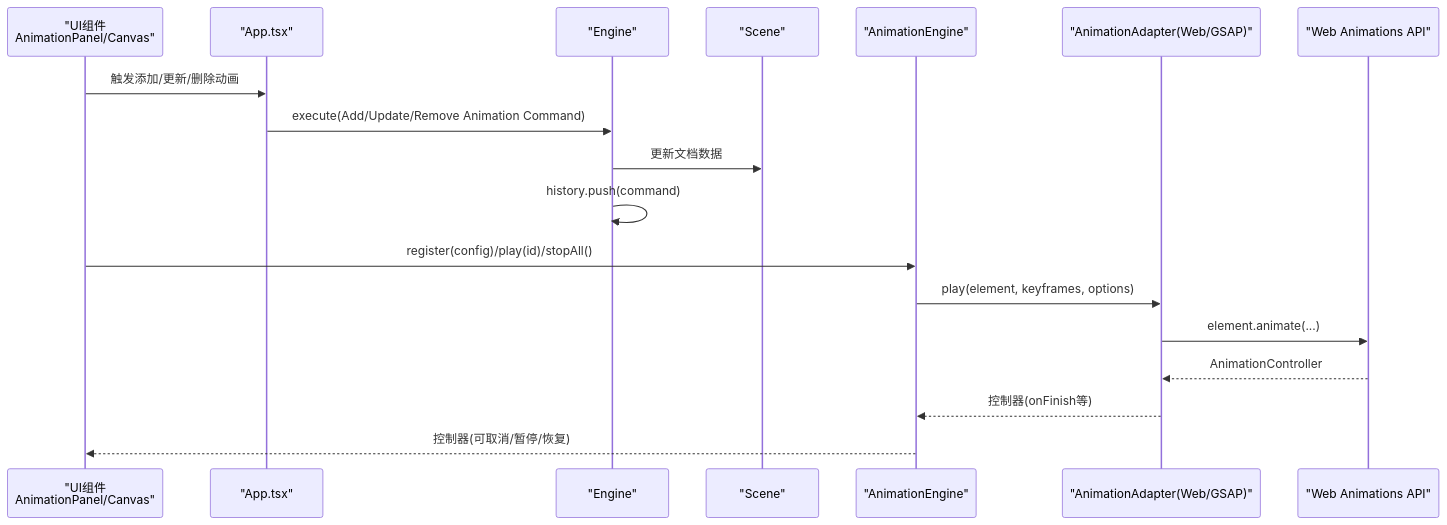
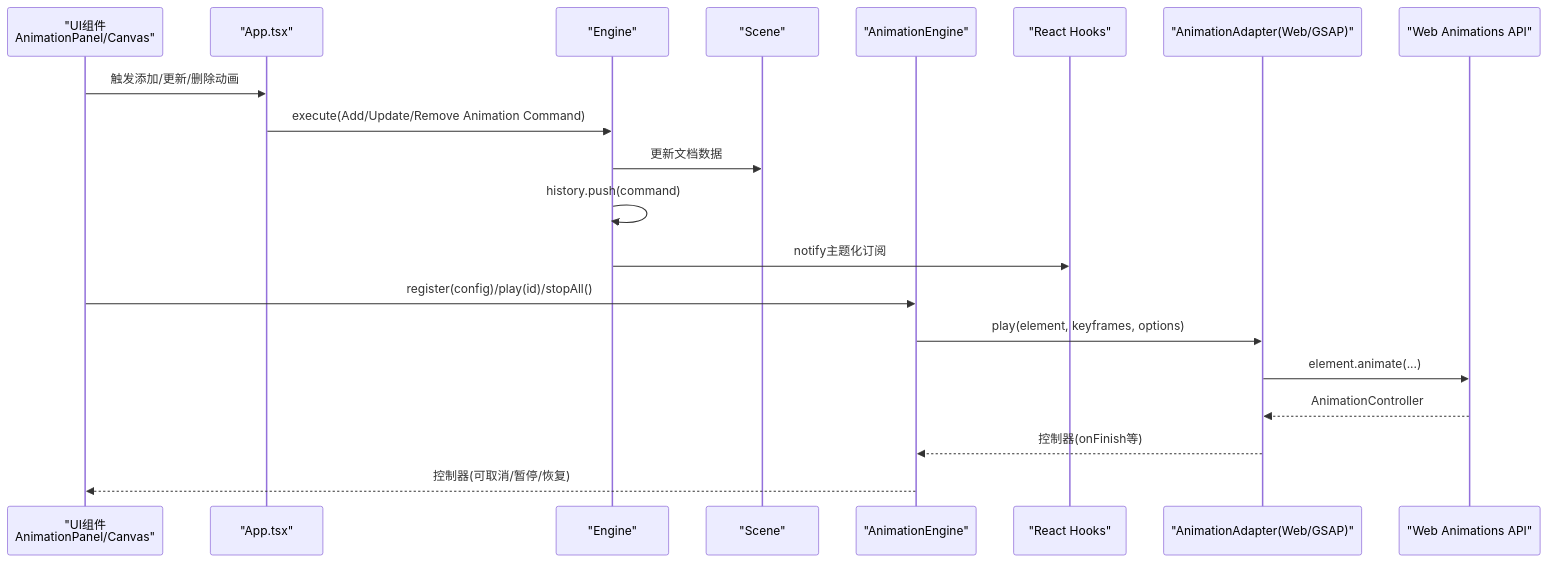
One commit to Anna0314zy/ai_editor_enginer changed the second of 4 diagrams in .qoder/repowiki/zh/content/API参考/API参考.md. Above: the diagram before and after it, drawn with Mermaid. The commit also changed other lines of this file and 25 other files, not shown here.

````diff
--- a/.qoder/repowiki/zh/content/API参考/API参考.md
+++ b/.qoder/repowiki/zh/content/API参考/API参考.md
@@ -154,20 +175,22 @@
 ```mermaid
 sequenceDiagram
 participant UI as "UI组件<br/>AnimationPanel/Canvas"
 participant APP as "App.tsx"
 participant ENG as "Engine"
 participant SCN as "Scene"
 participant ANIMENG as "AnimationEngine"
+participant HOOKS as "React Hooks"
 participant ADP as "AnimationAdapter(Web/GSAP)"
 participant WA as "Web Animations API"
 UI->>APP : 触发添加/更新/删除动画
 APP->>ENG : execute(Add/Update/Remove Animation Command)
 ENG->>SCN : 更新文档数据
 ENG->>ENG : history.push(command)
+ENG->>HOOKS : notify主题化订阅
 UI->>ANIMENG : register(config)/play(id)/stopAll()
 ANIMENG->>ADP : play(element, keyframes, options)
 ADP->>WA : element.animate(...)
 WA-->>ADP : AnimationController
 ADP-->>ANIMENG : 控制器(onFinish等)
 ANIMENG-->>UI : 控制器(可取消/暂停/恢复)
 ```
````
